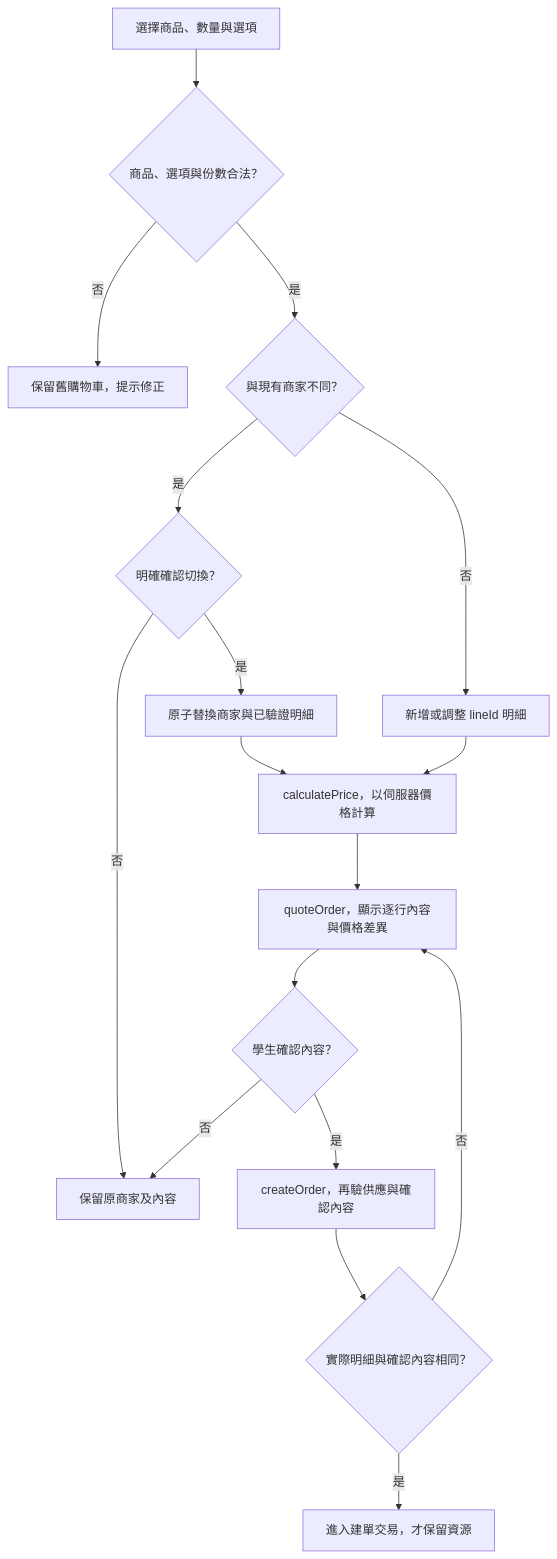
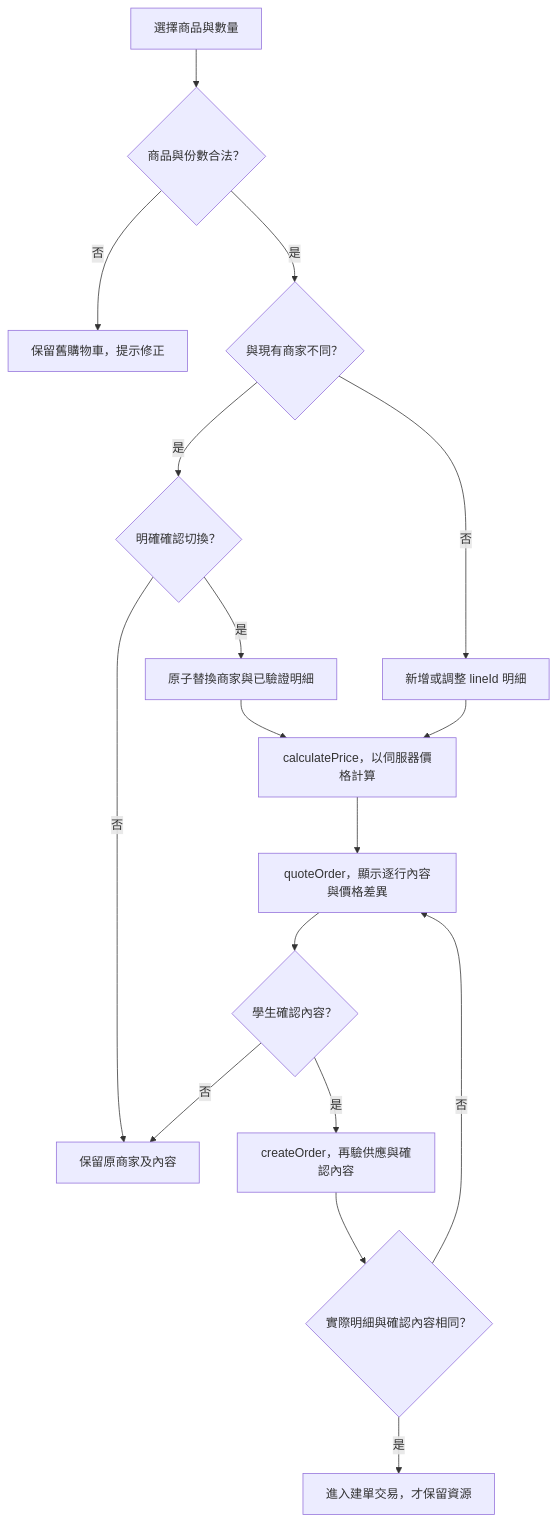
The diagram in SAD_v0.6/04_購物車與報價_CartQuote.md (Himegragi/CampusRestaurantSystem), drawn with Mermaid before and after one commit. The commit also changed other lines of this file and 23 other files, not shown here.

````diff
--- a/SAD_v0.6/04_購物車與報價_CartQuote.md
+++ b/SAD_v0.6/04_購物車與報價_CartQuote.md
@@ -37,19 +37,19 @@
 ```mermaid
 flowchart TD
-  A["選擇商品、數量與選項"] --> V{"商品、選項與份數合法？"}
+  A["選擇商品與數量"] --> V{"商品與份數合法？"}
   V -->|否| FIX["保留舊購物車，提示修正"]
   V -->|是| STORE{"與現有商家不同？"}
   STORE -->|是| CONFIRM{"明確確認切換？"}
   CONFIRM -->|否| KEEP["保留原商家及內容"]
   CONFIRM -->|是| REPLACE["原子替換商家與已驗證明細"]
   STORE -->|否| UPDATE["新增或調整 lineId 明細"]
   REPLACE --> CALC["calculatePrice，以伺服器價格計算"]
   UPDATE --> CALC
   CALC --> QUOTE["quoteOrder，顯示逐行內容與價格差異"]
   QUOTE --> ACCEPT{"學生確認內容？"}
   ACCEPT -->|否| KEEP
   ACCEPT -->|是| CREATE["createOrder，再驗供應與確認內容"]
   CREATE --> SAME{"實際明細與確認內容相同？"}
   SAME -->|否| QUOTE
   SAME -->|是| TX["進入建單交易，才保留資源"]
 ```
````
